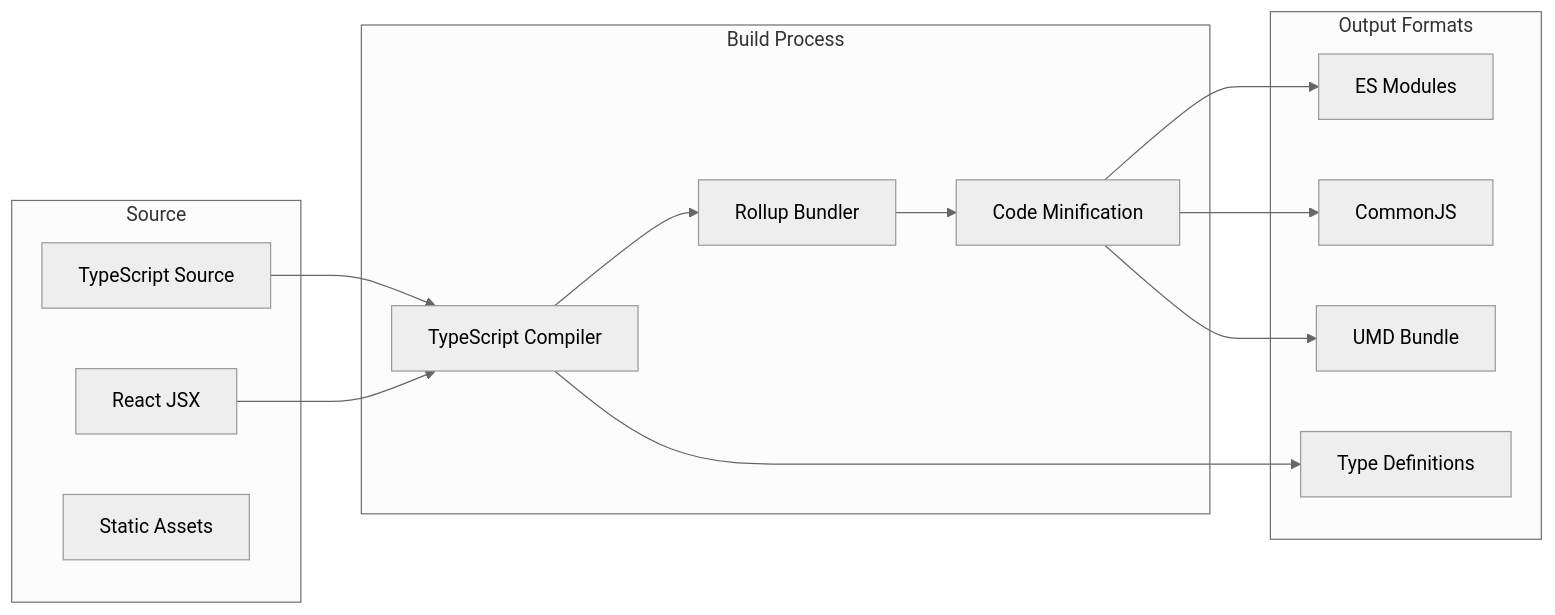
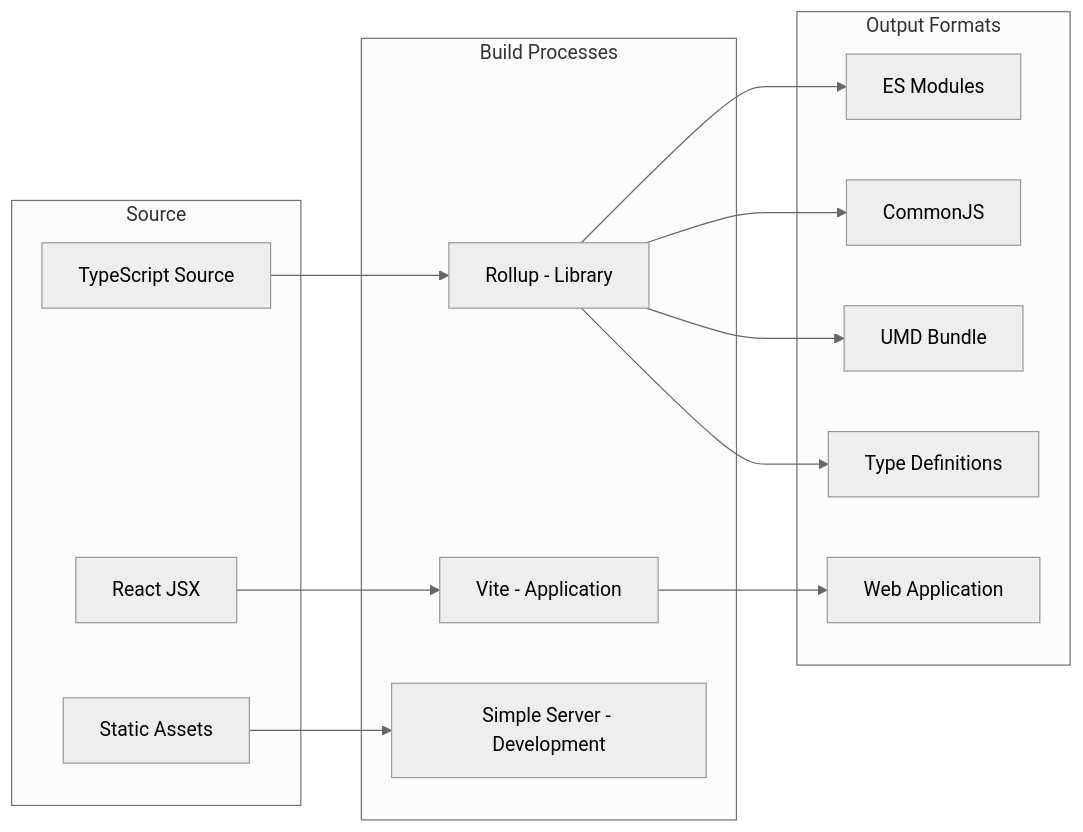
Before and after one commit to didier3529/crookmon-game: the tenth of 14 diagrams in TECHNICAL_ARCHITECTURE.md, drawn with Mermaid (neutral theme). The commit also changed other lines of this file, not shown here.

First line of the commit message:
docs: update TECHNICAL_ARCHITECTURE.md with latest changes

````diff
--- a/TECHNICAL_ARCHITECTURE.md
+++ b/TECHNICAL_ARCHITECTURE.md
@@ -499,30 +613,32 @@
 ```mermaid
 graph LR
     subgraph "Source"
         TS[TypeScript Source]
         JSX[React JSX]
         Assets[Static Assets]
     end
 
-    subgraph "Build Process"
-        Rollup[Rollup Bundler]
-        TypeScript[TypeScript Compiler]
-        Terser[Code Minification]
+    subgraph "Build Processes"
+        Rollup[Rollup - Library]
+        Vite[Vite - Application]
+        Simple[Simple Server - Development]
     end
 
     subgraph "Output Formats"
         ESM[ES Modules]
         CJS[CommonJS]
         UMD[UMD Bundle]
         Types[Type Definitions]
+        App[Web Application]
     end
 
-    TS --> TypeScript
-    JSX --> TypeScript
-    TypeScript --> Rollup
-    Rollup --> Terser
-    Terser --> ESM
-    Terser --> CJS
-    Terser --> UMD
-    TypeScript --> Types
+    TS --> Rollup
+    JSX --> Vite
+    Assets --> Simple
+
+    Rollup --> ESM
+    Rollup --> CJS
+    Rollup --> UMD
+    Rollup --> Types
+    Vite --> App
 ```
````
